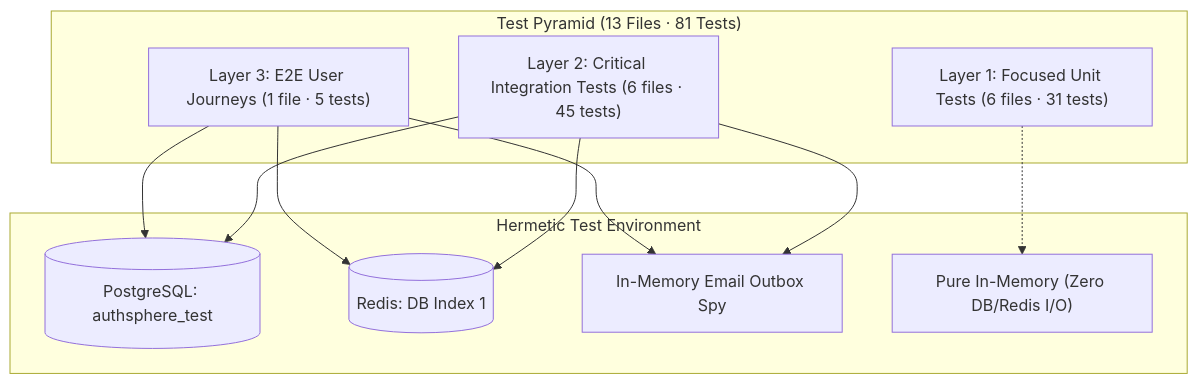
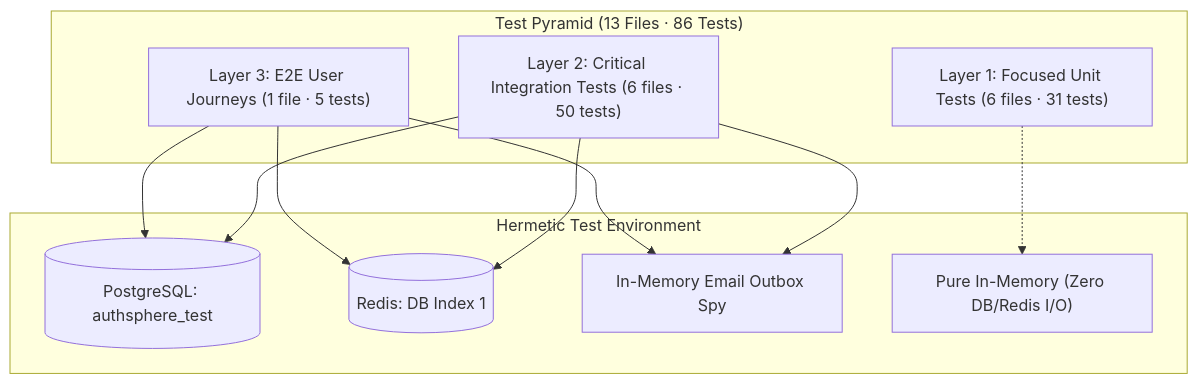
One commit to utkarshj014/authsphere changed the diagram in docs/TESTING.md. Above: the diagram before and after it, drawn with Mermaid. The commit also changed other lines of this file and 12 other files, not shown here.

````diff
--- a/docs/TESTING.md
+++ b/docs/TESTING.md
@@ -32,23 +32,23 @@
 ```mermaid
 graph TD
-    subgraph TP ["Test Pyramid (13 Files · 81 Tests)"]
+    subgraph TP ["Test Pyramid (13 Files · 86 Tests)"]
         E2E["Layer 3: E2E User Journeys (1 file · 5 tests)"]
-        INT["Layer 2: Critical Integration Tests (6 files · 45 tests)"]
+        INT["Layer 2: Critical Integration Tests (6 files · 50 tests)"]
         UNIT["Layer 1: Focused Unit Tests (6 files · 31 tests)"]
     end
 
     subgraph HTE ["Hermetic Test Environment"]
         TestDB[("PostgreSQL: authsphere_test")]
         TestRedis[("Redis: DB Index 1")]
         EmailSpy["In-Memory Email Outbox Spy"]
         PureMemory["Pure In-Memory (Zero DB/Redis I/O)"]
 
         E2E --> TestDB
         INT --> TestDB
         E2E --> TestRedis
         INT --> TestRedis
         E2E --> EmailSpy
         INT --> EmailSpy
         UNIT -.-> PureMemory
     end
 ```
````
